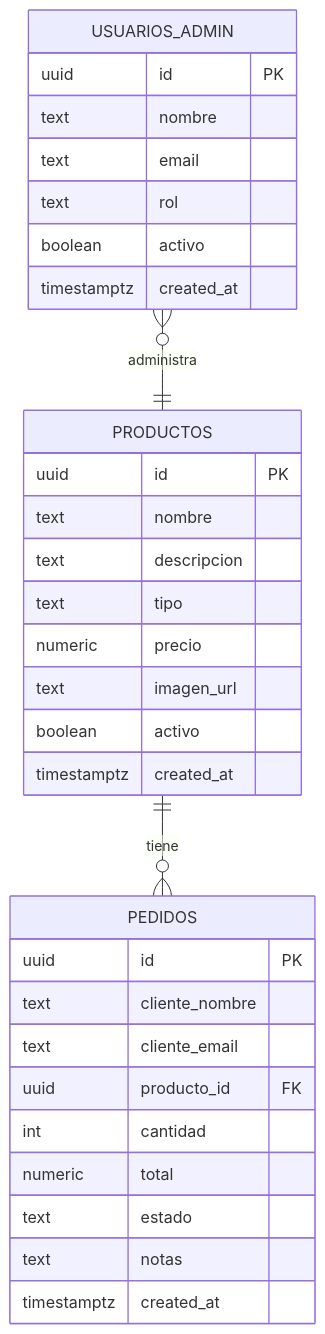
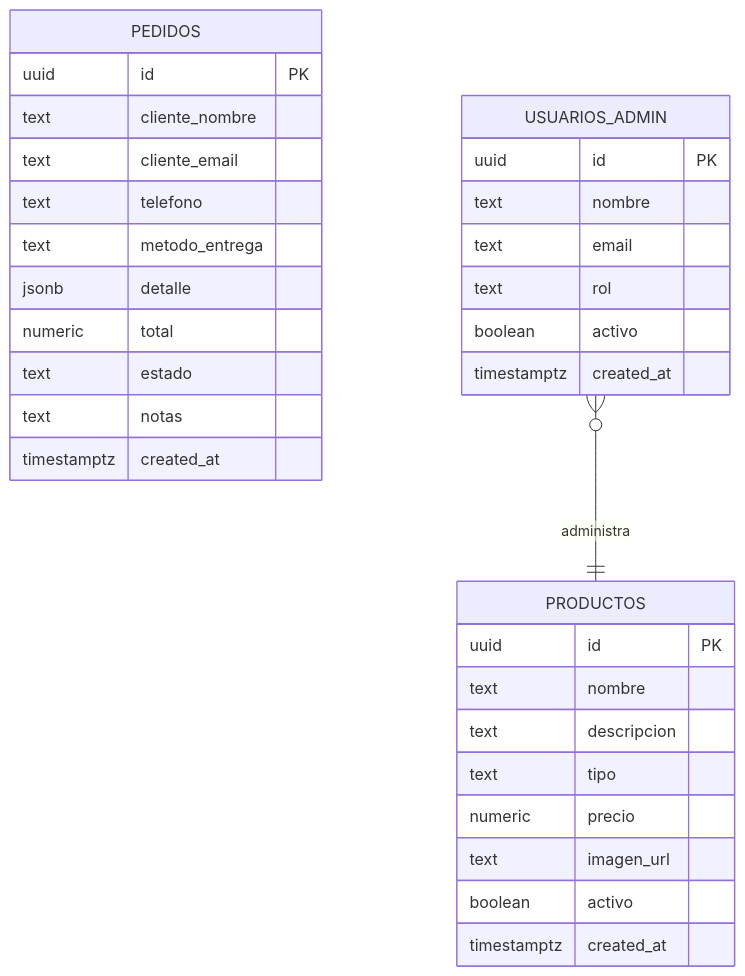
One commit to 4liyat/IH739_El-viejito changed the diagram in README.md. Above: the diagram before and after it, drawn with Mermaid. The commit also changed other lines of this file and 7 other files, not shown here.

````diff
--- a/README.md
+++ b/README.md
@@ -46,37 +46,37 @@
 ```mermaid
 erDiagram
     PRODUCTOS {
         uuid id PK
         text nombre
         text descripcion
         text tipo
         numeric precio
         text imagen_url
         boolean activo
         timestamptz created_at
     }
 
     PEDIDOS {
         uuid id PK
         text cliente_nombre
         text cliente_email
-        uuid producto_id FK
-        int cantidad
+        text telefono
+        text metodo_entrega
+        jsonb detalle
         numeric total
         text estado
         text notas
         timestamptz created_at
     }
 
     USUARIOS_ADMIN {
         uuid id PK
         text nombre
         text email
         text rol
         boolean activo
         timestamptz created_at
     }
 
-    PRODUCTOS ||--o{ PEDIDOS : "tiene"
     USUARIOS_ADMIN }o--|| PRODUCTOS : "administra"
 ```
````
